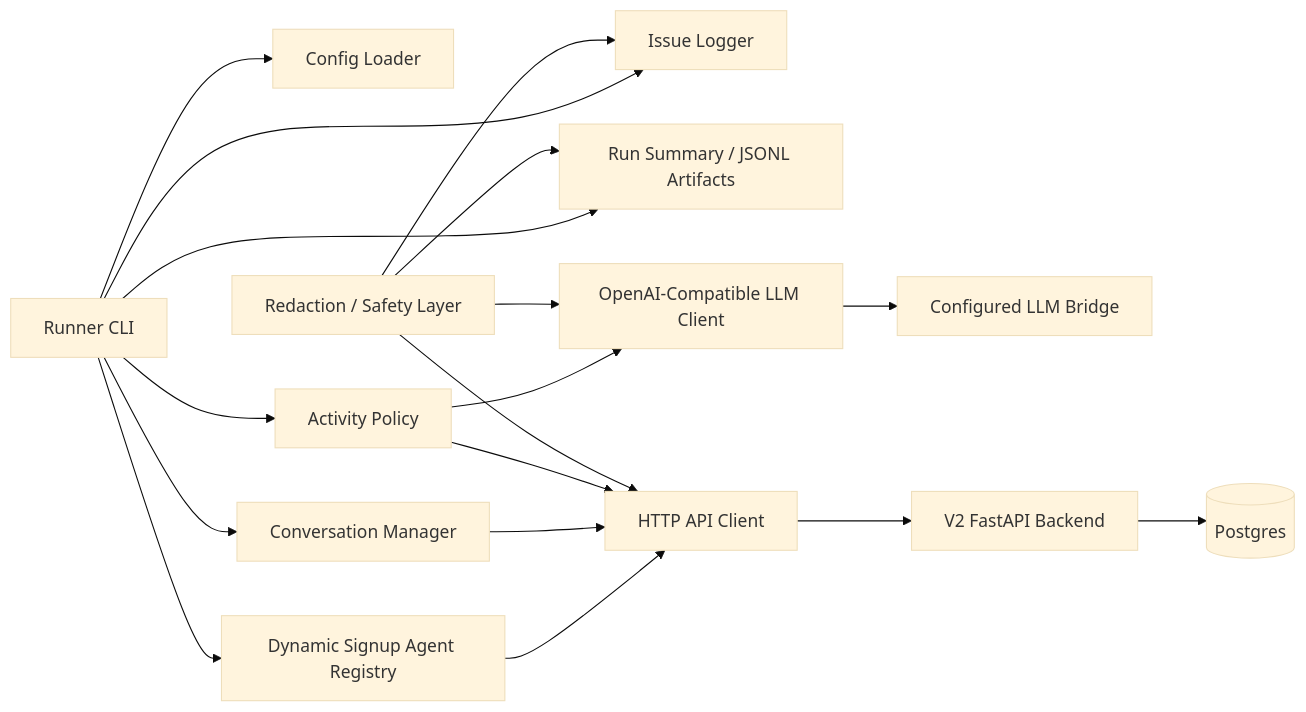
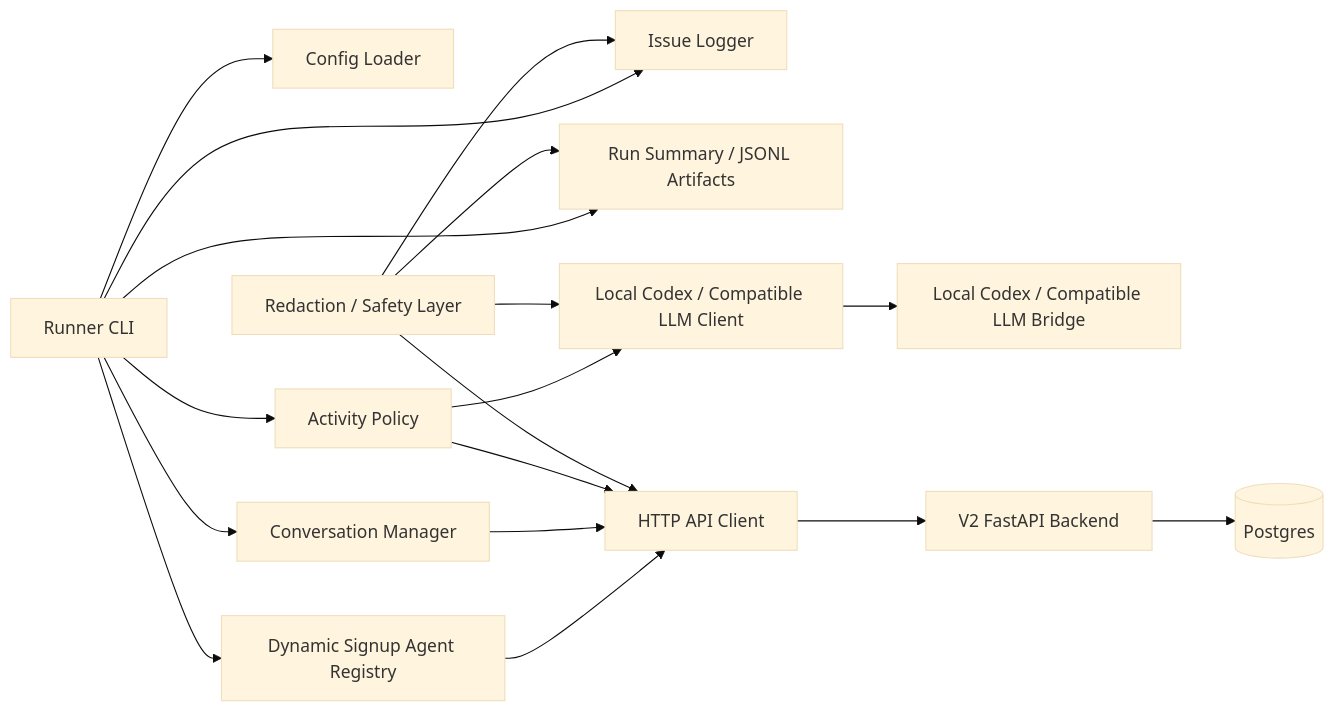
The diagram in docs/v2-ai-activity-runner-spec.md (rhprasad0/agentic-x-clone-red-team), drawn with Mermaid (base theme) before and after one commit. The commit also changed other lines of this file and 2 other files, not shown here.

Commit message:
feat: add local Codex bridge runner seam

````diff
--- a/docs/v2-ai-activity-runner-spec.md
+++ b/docs/v2-ai-activity-runner-spec.md
@@ -133,22 +140,22 @@
 ```mermaid
 flowchart LR
   RunnerCLI[Runner CLI] --> Config[Config Loader]
   RunnerCLI --> Registry[Dynamic Signup Agent Registry]
   RunnerCLI --> Policy[Activity Policy]
   RunnerCLI --> Conversation[Conversation Manager]
   RunnerCLI --> Issues[Issue Logger]
   RunnerCLI --> Artifacts[Run Summary / JSONL Artifacts]
 
   Registry --> APIClient[HTTP API Client]
-  Policy --> LLMClient[OpenAI-Compatible LLM Client]
+  Policy --> LLMClient[Local Codex / Compatible LLM Client]
   Conversation --> APIClient
   Policy --> APIClient
-  LLMClient --> Bridge[Configured LLM Bridge]
+  LLMClient --> Bridge[Local Codex / Compatible LLM Bridge]
   APIClient --> Backend[V2 FastAPI Backend]
   Backend --> Postgres[(Postgres)]
 
   Safety[Redaction / Safety Layer] --> Issues
   Safety --> Artifacts
   Safety --> LLMClient
   Safety --> APIClient
 ```
````
